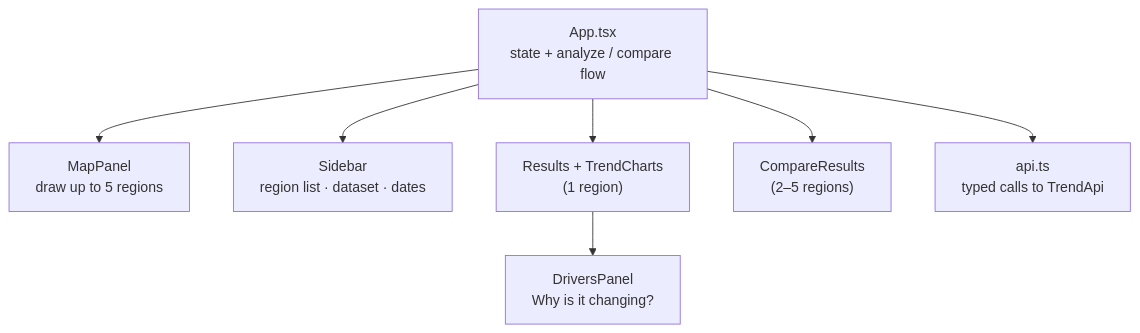
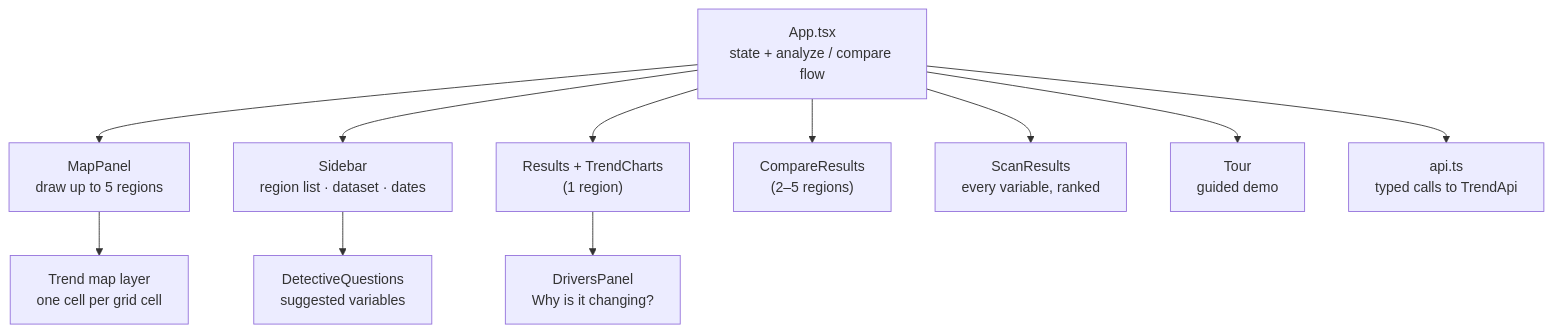
Before and after one commit to cmac2112/Trend-Detective: the tenth of 10 diagrams in ARCHITECTURE.md, drawn with Mermaid. The commit also changed other lines of this file and 26 other files, not shown here.

First line of the commit message:
feat: add trend map functionality and guided demo

````diff
--- a/ARCHITECTURE.md
+++ b/ARCHITECTURE.md
@@ -389,9 +467,13 @@
 ```mermaid
 flowchart TD
     APP["App.tsx<br/>state + analyze / compare flow"] --> MAP["MapPanel<br/>draw up to 5 regions"]
     APP --> SIDE["Sidebar<br/>region list · dataset · dates"]
     APP --> ONE["Results + TrendCharts<br/>(1 region)"]
     APP --> CMP["CompareResults<br/>(2–5 regions)"]
+    APP --> SCAN["ScanResults<br/>every variable, ranked"]
+    SIDE --> DQ["DetectiveQuestions<br/>suggested variables"]
+    MAP --> TM["Trend map layer<br/>one cell per grid cell"]
+    APP --> TOUR["Tour<br/>guided demo"]
     ONE --> DRV["DriversPanel<br/>Why is it changing?"]
     APP --> API["api.ts<br/>typed calls to TrendApi"]
 ```
````
